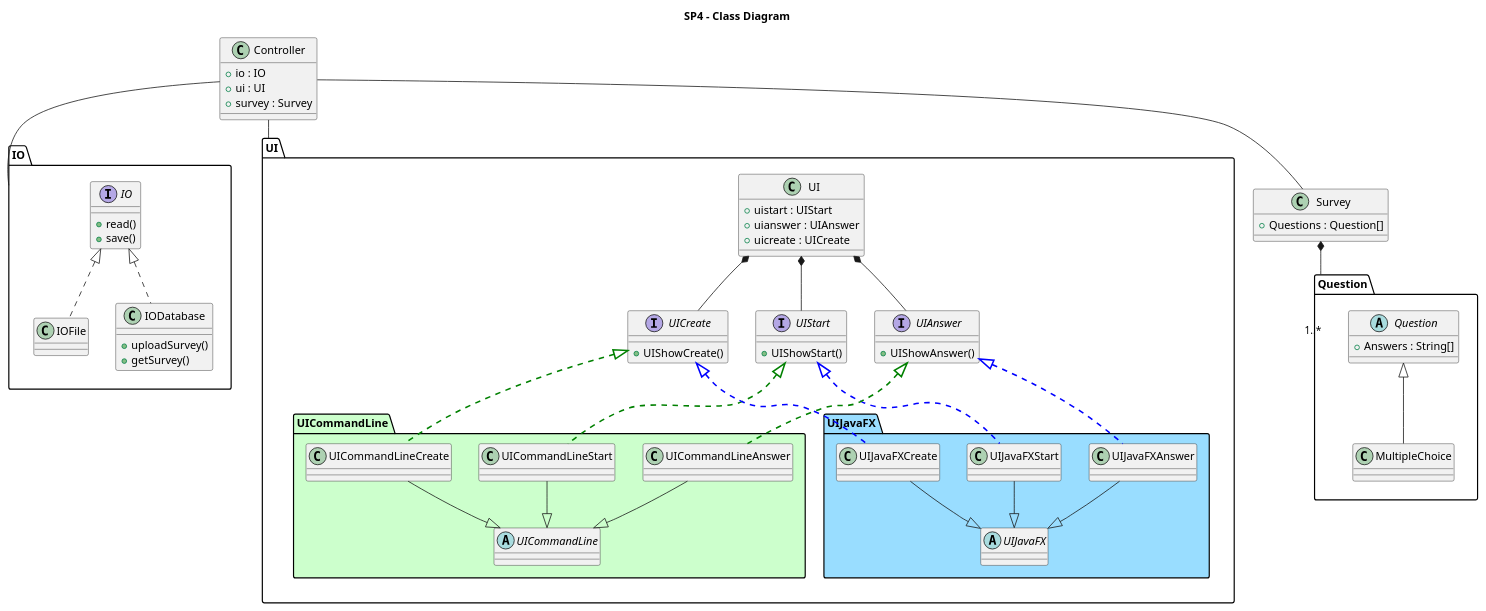
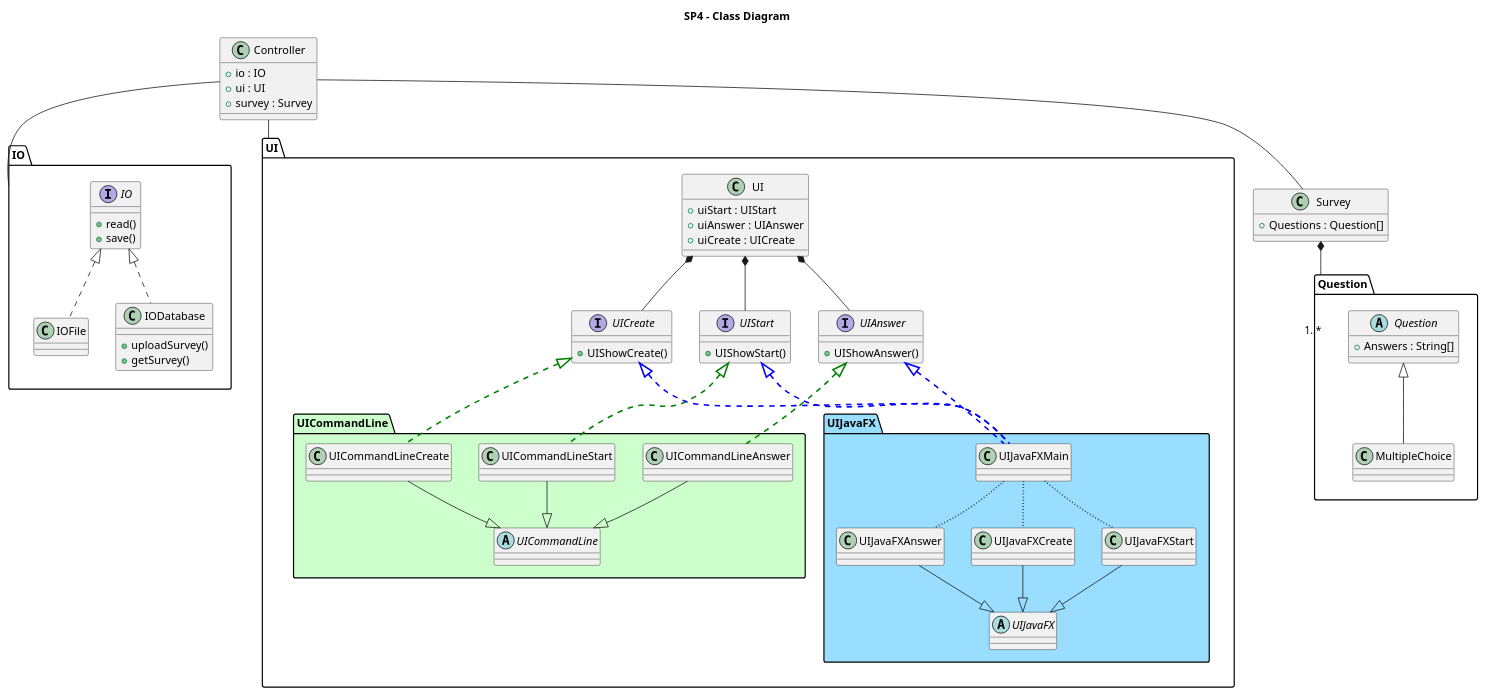
The diagram in doc/Class Diagram.puml (DeRp-DaWg/SP4), drawn with PlantUML before and after one commit. The commit also changed 42 other files, not shown here.

```diff
--- a/doc/Class Diagram.puml
+++ b/doc/Class Diagram.puml
@@ -1,112 +1,124 @@
 @startuml
 'https://plantuml.com/class-diagram
 title SP4 - Class Diagram
 
 package Question {
     abstract class Question {
         + Answers : String[]
     }
 
     class MultipleChoice {
     }
 
     'class CheckboxChoice {'
     '}'
 
     Question <|-- MultipleChoice
     'Question <|-- CheckboxChoice'
 }
 
 class Survey {
     + Questions : Question[]
 }
 
 Survey *--"1..*" Question
 
 
 package IO {
     interface IO {
         + read()
         + save()
     }
 
     class IOFile {
     }
 
     class IODatabase {
         + uploadSurvey()
         + getSurvey()
     }
 
     IO <|.. IOFile
     IO <|.. IODatabase
 }
 
 package UI {
     class UI {
-        + uistart : UIStart
-        + uianswer : UIAnswer
-        + uicreate : UICreate
+        + uiStart : UIStart
+        + uiAnswer : UIAnswer
+        + uiCreate : UICreate
     }
 
     interface UIStart {
         + UIShowStart()
     }
 
     interface UIAnswer {
         + UIShowAnswer()
     }
 
     interface UICreate {
         + UIShowCreate()
     }
 
     UI *-- UIStart
     UI *-- UIAnswer
     UI *-- UICreate
     package UICommandLine #CCFFCC {
         abstract class UICommandLine {
         }
         class UICommandLineStart {
         }
         class UICommandLineAnswer {
         }
         class UICommandLineCreate {
         }
         UICommandLineStart --|> UICommandLine
         UICommandLineAnswer --|> UICommandLine
         UICommandLineCreate --|> UICommandLine
     }
     package UIJavaFX #99DDFF {
+        class UIJavaFXMain {
+        }
         abstract class UIJavaFX {
         }
         class UIJavaFXStart {
         }
         class UIJavaFXAnswer {
         }
         class UIJavaFXCreate {
         }
         UIJavaFXStart --|> UIJavaFX
         UIJavaFXAnswer --|> UIJavaFX
         UIJavaFXCreate --|> UIJavaFX
+        UIJavaFXMain -[dotted,thickness=2]- UIJavaFXStart
+        UIJavaFXMain -[dotted,thickness=2]- UIJavaFXAnswer
+        UIJavaFXMain -[dotted,thickness=2]- UIJavaFXCreate
+
+        'Ignore the four lines below, their only purpose is to center UIJavaFXMain'
+        hiddenhidden -- UIJavaFXStart
+        UIJavaFXAnswerr -- UIJavaFXAnswer
+        hide hiddenhidden
+        hide UIJavaFXAnswerr
+
     }
     UIStart <|..[#green,thickness=2] UICommandLineStart
-    UIStart <|..[#blue,thickness=2] UIJavaFXStart
+    UIStart <|..[#blue,thickness=2] UIJavaFXMain
     UIAnswer <|..[#green,thickness=2] UICommandLineAnswer
-    UIAnswer <|..[#blue,thickness=2] UIJavaFXAnswer
+    UIAnswer <|..[#blue,thickness=2] UIJavaFXMain
     UICreate <|..[#green,thickness=2] UICommandLineCreate
-    UICreate <|..[#blue,thickness=2] UIJavaFXCreate
+    UICreate <|..[#blue,thickness=2] UIJavaFXMain
 }
 
 class Controller {
     + io : IO
     + ui : UI
     + survey : Survey
 }
 
 Controller -- Survey
 Controller -- IO
 Controller -- UI
 
 
 @enduml
```
